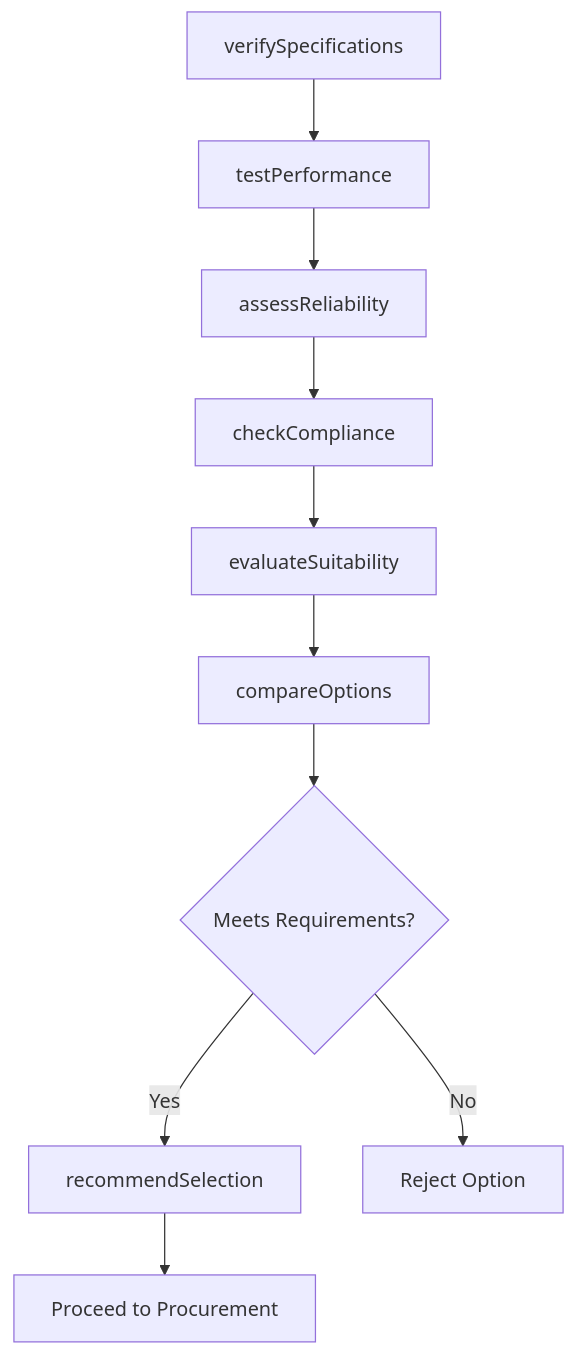
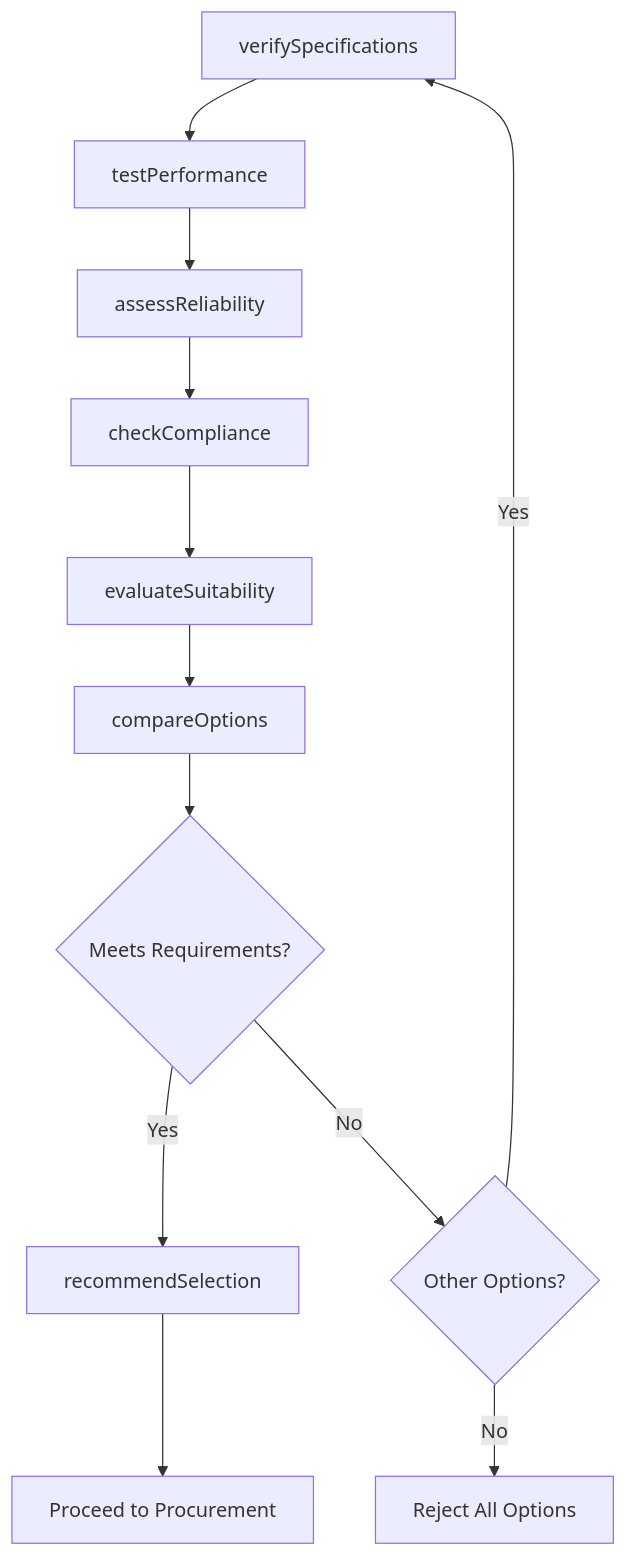
The third of 4 diagrams in JudgingTheQualitiesOfObjectsServicesOrPeople/EvaluateTheCharacteristicsUsefulnessOrPerformanceOfProductsOrTechnologies/EvaluateCharacteristicsEquipmentSystems.mdx (dot-org-ai/tasks.org.ai), drawn with Mermaid before and after one commit. The commit also changed other lines of this file and 307 other files, not shown here.

First line of the commit message:
feat: Add ER diagrams and state diagrams to remaining 308 DWA task files (wave 3 complete)

````diff
--- a/JudgingTheQualitiesOfObjectsServicesOrPeople/EvaluateTheCharacteristicsUsefulnessOrPerformanceOfProductsOrTechnologies/EvaluateCharacteristicsEquipmentSystems.mdx
+++ b/JudgingTheQualitiesOfObjectsServicesOrPeople/EvaluateTheCharacteristicsUsefulnessOrPerformanceOfProductsOrTechnologies/EvaluateCharacteristicsEquipmentSystems.mdx
@@ -87,12 +114,14 @@
 ```mermaid
 graph TD
     A[verifySpecifications] --> B[testPerformance]
     B --> C[assessReliability]
     C --> D[checkCompliance]
     D --> E[evaluateSuitability]
     E --> F[compareOptions]
     F --> G{Meets Requirements?}
     G -->|Yes| H[recommendSelection]
-    G -->|No| I[Reject Option]
-    H --> J[Proceed to Procurement]
+    G -->|No| I{Other Options?}
+    I -->|Yes| A
+    I -->|No| J[Reject All Options]
+    H --> K[Proceed to Procurement]
 ```
````
